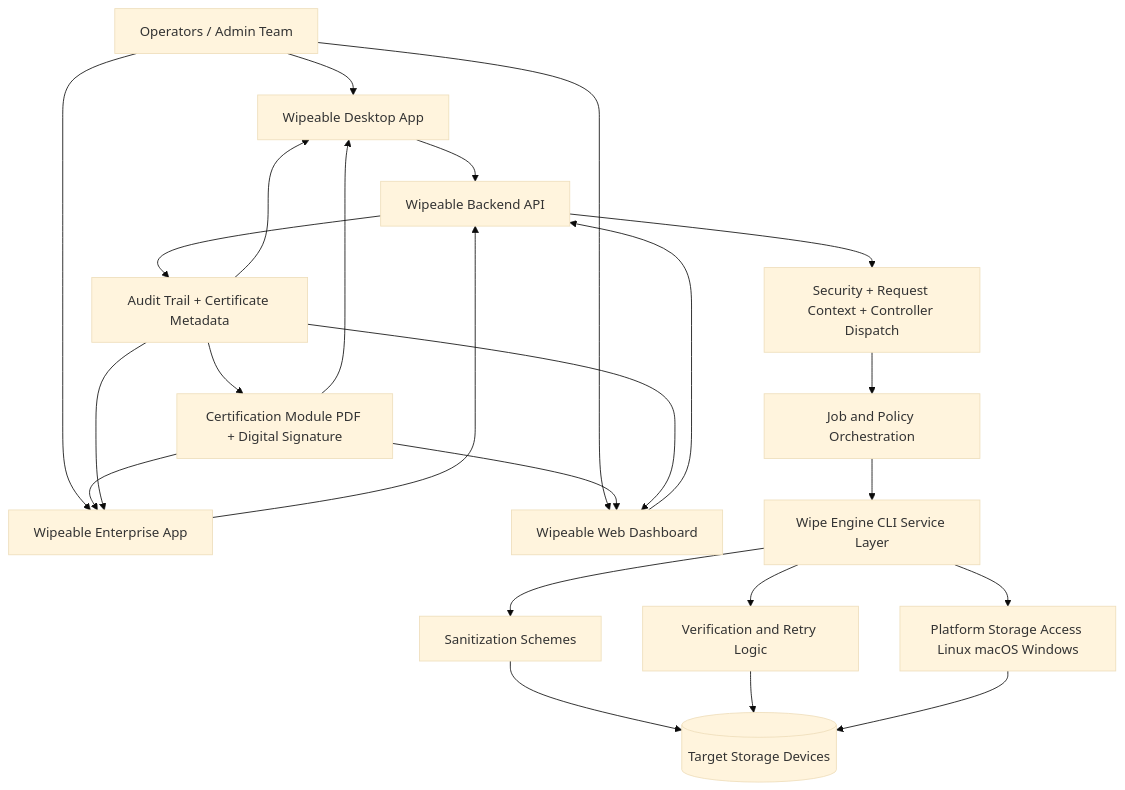
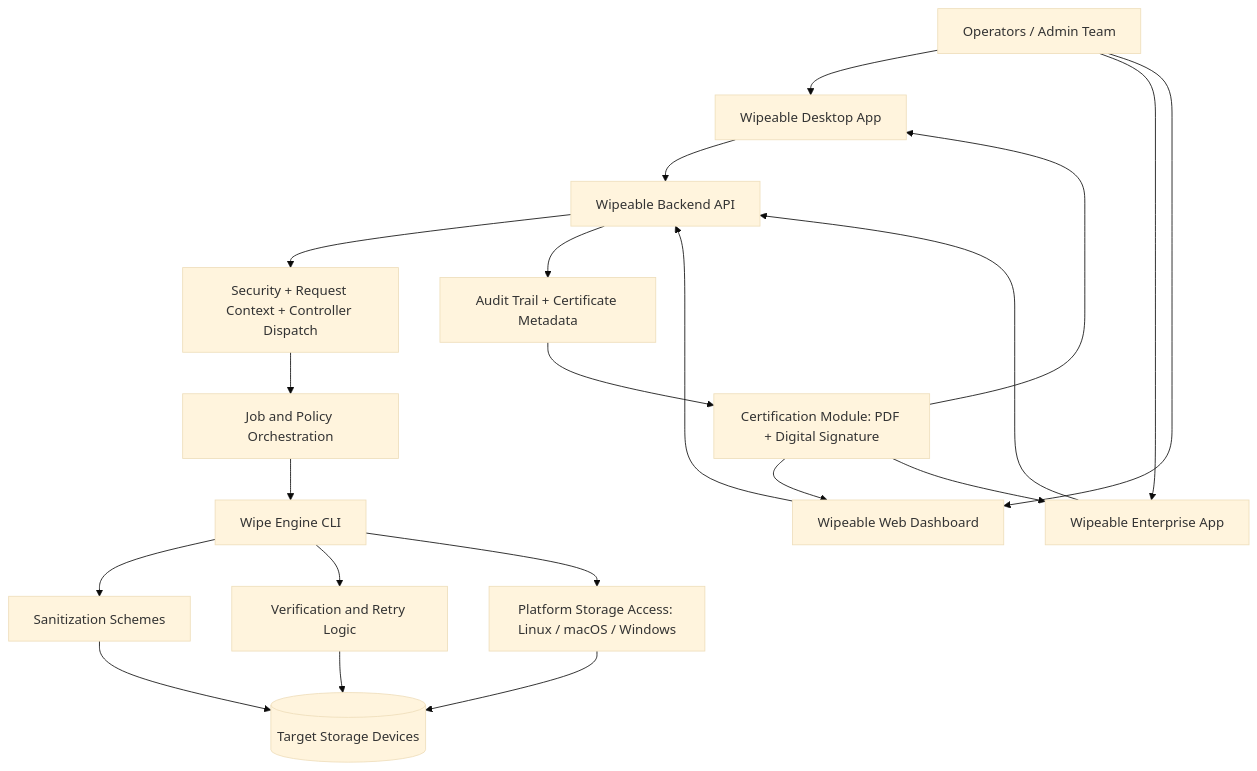
Before and after one commit to Tejas-Santosh-Nalawade/Wipeable: the first of 4 diagrams in README.md, drawn with Mermaid (base theme). The commit also changed other lines of this file, not shown here.

First line of the commit message:
Rewrite README to standard format with architecture and structure docs

````diff
--- a/README.md
+++ b/README.md
@@ -22,31 +80,28 @@
 ```mermaid
 flowchart TD
-	U[Operators / Admin Team] --> D[Wipeable Desktop App]
-	U --> E[Wipeable Enterprise App]
-	U --> W[Wipeable Web Dashboard]
+    U[Operators / Admin Team] --> D[Wipeable Desktop App]
+    U --> E[Wipeable Enterprise App]
+    U --> W[Wipeable Web Dashboard]
 
-	D --> B[Wipeable Backend API]
-	E --> B
-	W --> B
+    D --> B[Wipeable Backend API]
+    E --> B
+    W --> B
 
-	B --> C[Security + Request Context + Controller Dispatch]
-	C --> R[Job and Policy Orchestration]
-	R --> X[Wipe Engine CLI Service Layer]
+    B --> C[Security + Request Context + Controller Dispatch]
+    C --> R[Job and Policy Orchestration]
+    R --> X[Wipe Engine CLI]
 
-	X --> S[Sanitization Schemes]
-	X --> V[Verification and Retry Logic]
-	X --> P[Platform Storage Access Linux macOS Windows]
+    X --> S[Sanitization Schemes]
+    X --> V[Verification and Retry Logic]
+    X --> P[Platform Storage Access: Linux / macOS / Windows]
 
-	S --> H[(Target Storage Devices)]
-	V --> H
-	P --> H
+    S --> H[(Target Storage Devices)]
+    V --> H
+    P --> H
 
-	B --> A[Audit Trail + Certificate Metadata]
-	A --> M[Certification Module PDF + Digital Signature]
-	M --> W
-	M --> D
-	M --> E
-	A --> W
-	A --> D
-	A --> E
+    B --> A[Audit Trail + Certificate Metadata]
+    A --> M[Certification Module: PDF + Digital Signature]
+    M --> W
+    M --> D
+    M --> E
 ```
````
